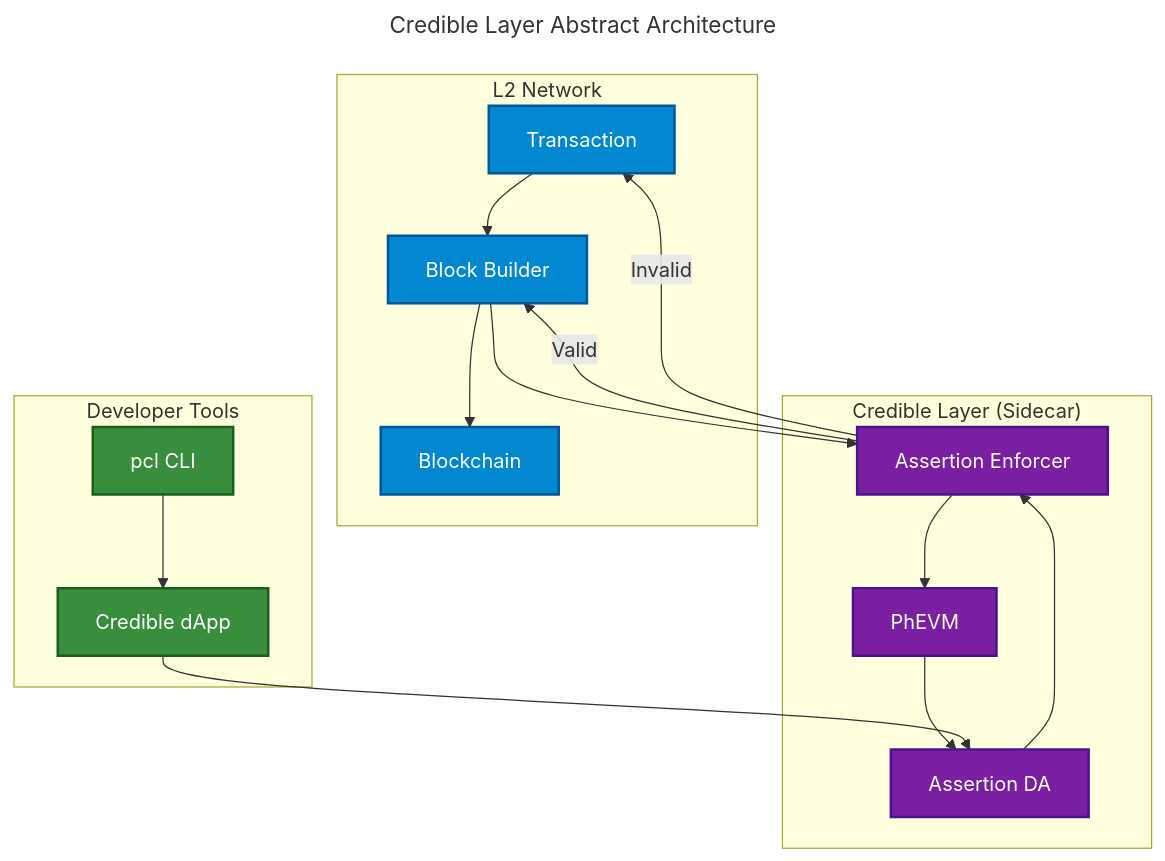
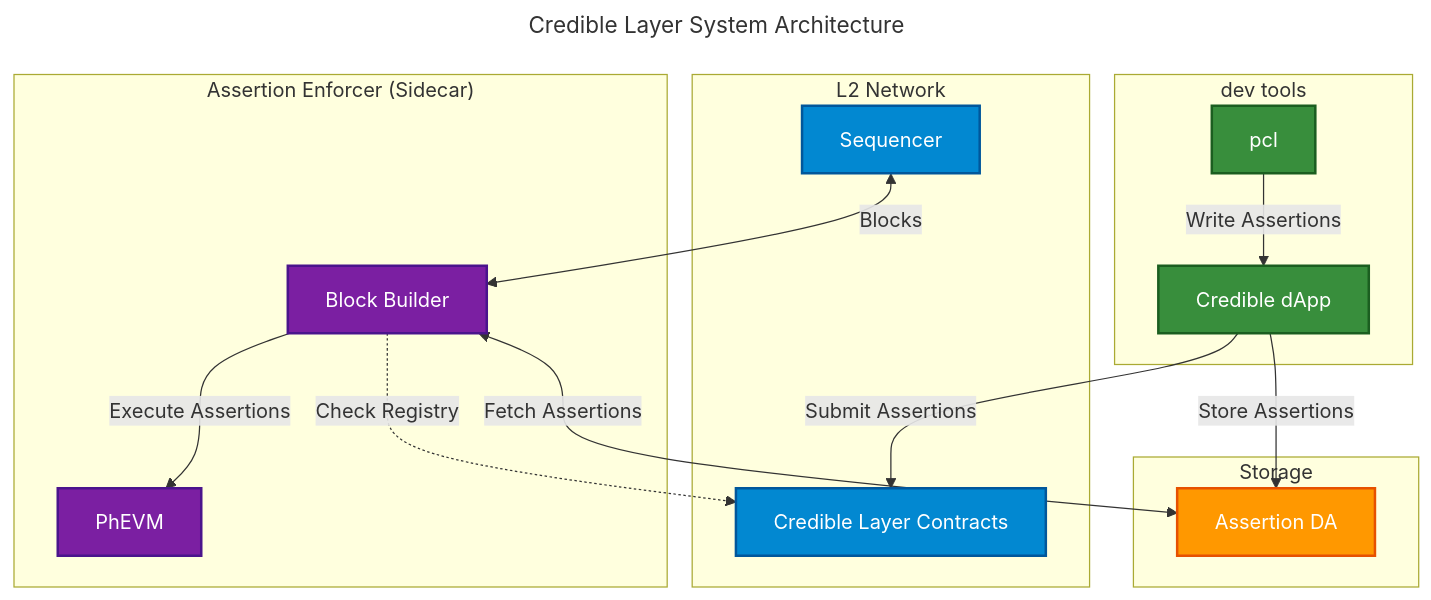
Before and after one commit to phylaxsystems/phylax-docs: the first of 3 diagrams in credible/architecture-overview.mdx, drawn with Mermaid. The commit also changed other lines of this file and 2 other files, not shown here.

Commit message:
update and fix diagrams

````diff
--- a/credible/architecture-overview.mdx
+++ b/credible/architecture-overview.mdx
@@ -39,42 +39,48 @@
 ```mermaid
 ---
-title: Credible Layer Abstract Architecture
+title: Credible Layer System Architecture
 ---
-flowchart TD
-    subgraph l2["L2 Network"]
-        TX["Transaction"]
-        BB["Block Builder"]
-        BC["Blockchain"]
+flowchart TB
+    subgraph dev["dev tools"]
+        CLI["pcl"]
+        DAPP["Credible dApp"]
     end
 
-    subgraph cl["Credible Layer (Sidecar)"]
-        AS["Assertion DA"]
-        AV["Assertion Enforcer"]
-        PhEVM["PhEVM"]
+    subgraph l2["L2 Network"]
+        SEQ["Sequencer"]
+        REGISTRY["Credible Layer Contracts"]
     end
 
-    subgraph dev["Developer Tools"]
-        CLI["pcl CLI"]
-        dApp["Credible dApp"]
+    subgraph sidecar["Assertion Enforcer (Sidecar)"]
+        SPACER[" "]
+        BB["Block Builder"]
+        PhEVM["PhEVM"]
+        SPACER ~~~ BB
+        SPACER ~~~ PhEVM
     end
 
-    TX --> BB
-    BB --> AV
-    AV --> PhEVM
-    PhEVM --> AS
-    AS --> AV
-    AV --> |Valid| BB
-    AV --> |Invalid| TX
-    BB --> BC
+    subgraph storage["Storage"]
+        DA["Assertion DA"]
+    end
 
-    CLI --> dApp
-    dApp --> AS
+    CLI -->|"Write Assertions"| DAPP
+    DAPP -->|"Store Assertions"| DA
+    DAPP -->|"Submit Assertions"| REGISTRY
 
+    SEQ <-->|"Blocks"| BB
+    BB -->|"Execute Assertions"| PhEVM
+    BB <-->|"Fetch Assertions"| DA
+    BB -.->|"Check Registry"| REGISTRY
+
+    classDef dev fill:#388e3c,stroke:#1b5e20,stroke-width:2px,color:#fff
     classDef l2 fill:#0288d1,stroke:#01579b,stroke-width:2px,color:#fff
-    classDef cl fill:#7b1fa2,stroke:#4a148c,stroke-width:2px,color:#fff
-    classDef dev fill:#388e3c,stroke:#1b5e20,stroke-width:2px,color:#fff
+    classDef sidecar fill:#7b1fa2,stroke:#4a148c,stroke-width:2px,color:#fff
+    classDef storage fill:#ff9800,stroke:#e65100,stroke-width:2px,color:#fff
+    classDef invisible fill:none,stroke:none
 
-    class TX,BB,BC l2
-    class AS,AV,PhEVM cl
-    class CLI,dApp dev
+    class CLI,DAPP dev
+    class SEQ,REGISTRY l2
+    class BB,PhEVM sidecar
+    class DA storage
+    class SPACER invisible
 ```
````
